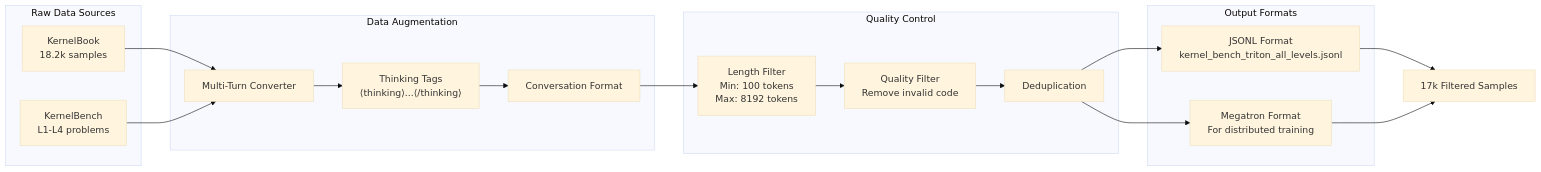
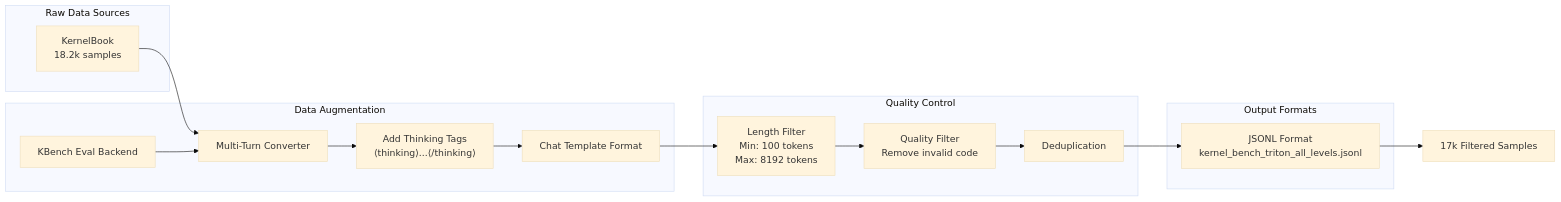
Before and after one commit to RLsys-Foundation/TritonForge: the second of 5 diagrams in docs/ARCHITECTURE.md, drawn with Mermaid (base theme).

Commit message:
Revise architecture diagram in ARCHITECTURE.md
Updated the architecture diagram to reflect changes in data sources and formats.

````diff
--- a/docs/ARCHITECTURE.md
+++ b/docs/ARCHITECTURE.md
@@ -110,39 +110,35 @@
 ```mermaid
 flowchart LR
     subgraph RDS["Raw Data Sources"]
         KB["KernelBook<br/>18.2k samples"]
-        KBench["KernelBench<br/>L1-L4 problems"]
     end
 
     subgraph DA["Data Augmentation"]
         MT[Multi-Turn Converter]
-        TT["Thinking Tags<br/>⟨thinking⟩...⟨/thinking⟩"]
-        Conv[Conversation Format]
+        TT["Add Thinking Tags<br/>⟨thinking⟩...⟨/thinking⟩"]
+        Conv[Chat Template Format]
 
         KB --> MT
-        KBench --> MT
+        KBench["KBench Eval Backend"] --> MT
         MT --> TT
         TT --> Conv
     end
 
     subgraph QC["Quality Control"]
         LenFilter["Length Filter<br/>Min: 100 tokens<br/>Max: 8192 tokens"]
         QualFilter["Quality Filter<br/>Remove invalid code"]
         Dedup[Deduplication]
 
         Conv --> LenFilter
         LenFilter --> QualFilter
         QualFilter --> Dedup
     end
 
     subgraph OF["Output Formats"]
         JSONL["JSONL Format<br/>kernel_bench_triton_all_levels.jsonl"]
-        Megatron["Megatron Format<br/>For distributed training"]
 
         Dedup --> JSONL
-        Dedup --> Megatron
     end
 
     JSONL --> FinalData[17k Filtered Samples]
-    Megatron --> FinalData
 ```
````
